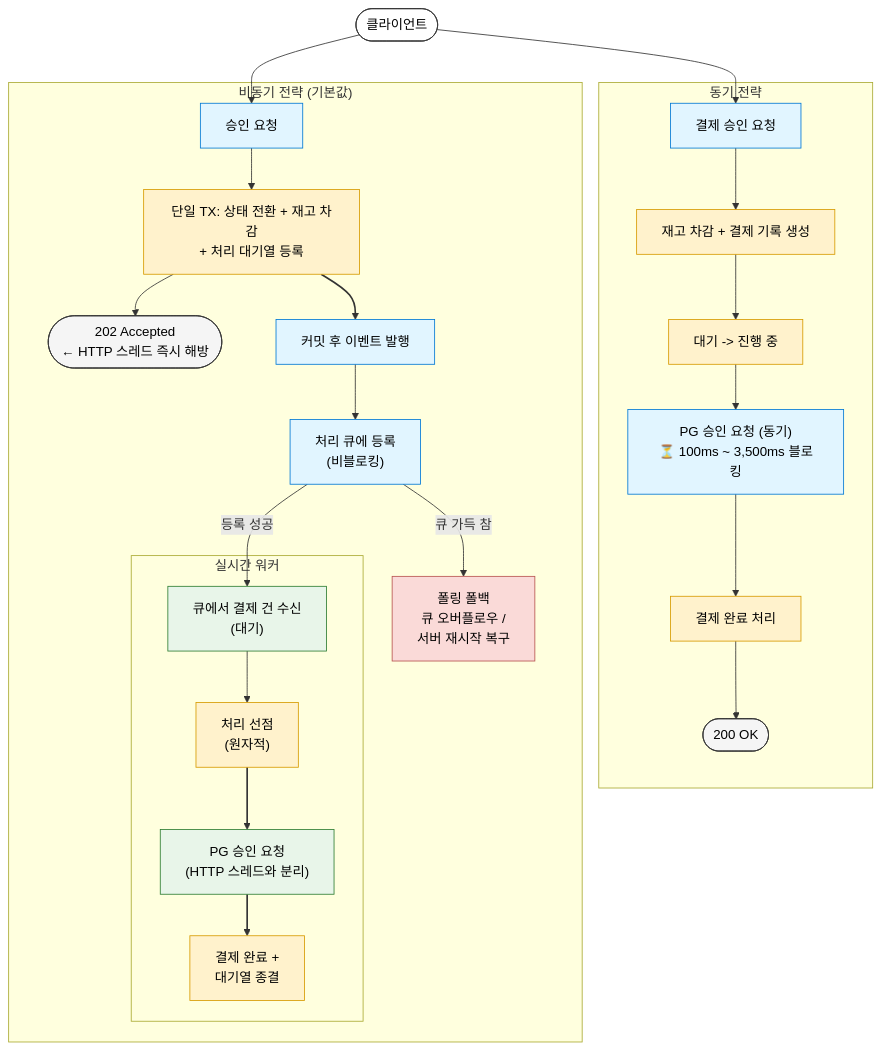
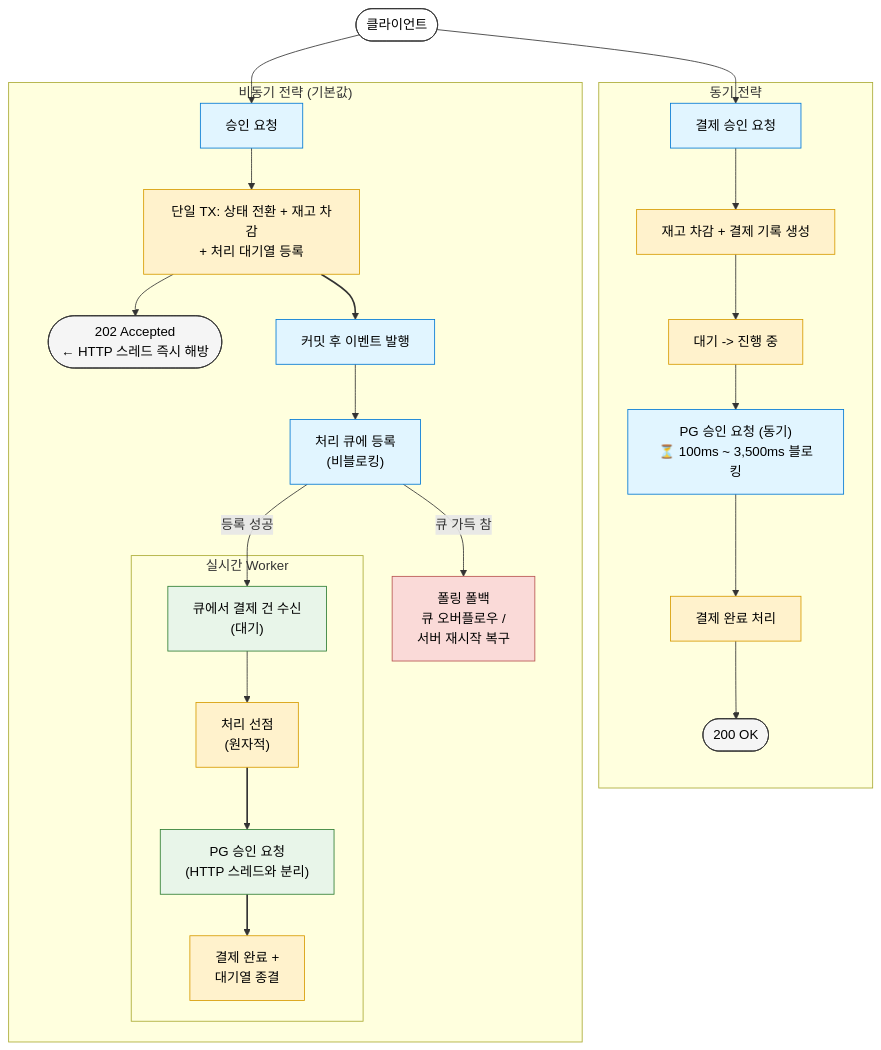
One commit to hyoguoo/payment-platform changed the fifth of 9 diagrams in README.md. Above: the diagram before and after it, drawn with Mermaid. The commit also changed other lines of this file and 5 other files, not shown here.

````diff
--- a/README.md
+++ b/README.md
@@ -235,46 +235,46 @@
 ```mermaid
 flowchart TD
     classDef client fill: #FFFFFF,stroke: #333,color: #000
     classDef process fill: #E1F5FF,stroke: #0078D4,color: #000
     classDef tx fill: #FFF2CC,stroke: #D79B00,color: #000
     classDef worker fill: #E8F5E9,stroke: #2E7D32,color: #000
     classDef fallback fill: #FADAD8,stroke: #B85450,color: #000
     classDef response fill: #F5F5F5,stroke: #333,color: #000
     Client(["클라이언트"]):::client
 
     subgraph Sync["동기 전략"]
         S1["결제 승인 요청"]:::process
         S2["재고 차감 + 결제 기록 생성"]:::tx
         S3["대기 -> 진행 중"]:::tx
         S4["PG 승인 요청 (동기)\n⏳ 100ms ~ 3,500ms 블로킹"]:::process
         S5["결제 완료 처리"]:::tx
         S6(["200 OK"]):::response
         S1 --> S2 --> S3 --> S4 --> S5 --> S6
     end
 
     subgraph Outbox["비동기 전략 (기본값)"]
         O1["승인 요청"]:::process
         O2["단일 TX: 상태 전환 + 재고 차감\n+ 처리 대기열 등록"]:::tx
         O3(["202 Accepted\n← HTTP 스레드 즉시 해방"]):::response
         O4["커밋 후 이벤트 발행"]:::process
         O5["처리 큐에 등록\n(비블로킹)"]:::process
 
-        subgraph Workers["실시간 워커"]
+        subgraph Workers["실시간 Worker"]
             W1["큐에서 결제 건 수신\n(대기)"]:::worker
             W2["처리 선점\n(원자적)"]:::tx
             W3["PG 승인 요청\n(HTTP 스레드와 분리)"]:::worker
             W4["결제 완료 +\n대기열 종결"]:::tx
         end
 
         OFB["폴링 폴백\n큐 오버플로우 /\n서버 재시작 복구"]:::fallback
         O1 --> O2 --> O3
         O2 --> O4 --> O5
         O5 -->|" 등록 성공 "| W1
         O5 -->|" 큐 가득 참 "| OFB
         W1 --> W2 --> W3 --> W4
     end
 
     Client --> S1
     Client --> O1
     linkStyle 7,12,13 stroke: #333,stroke-width: 2px,color: #000
 ```
````
